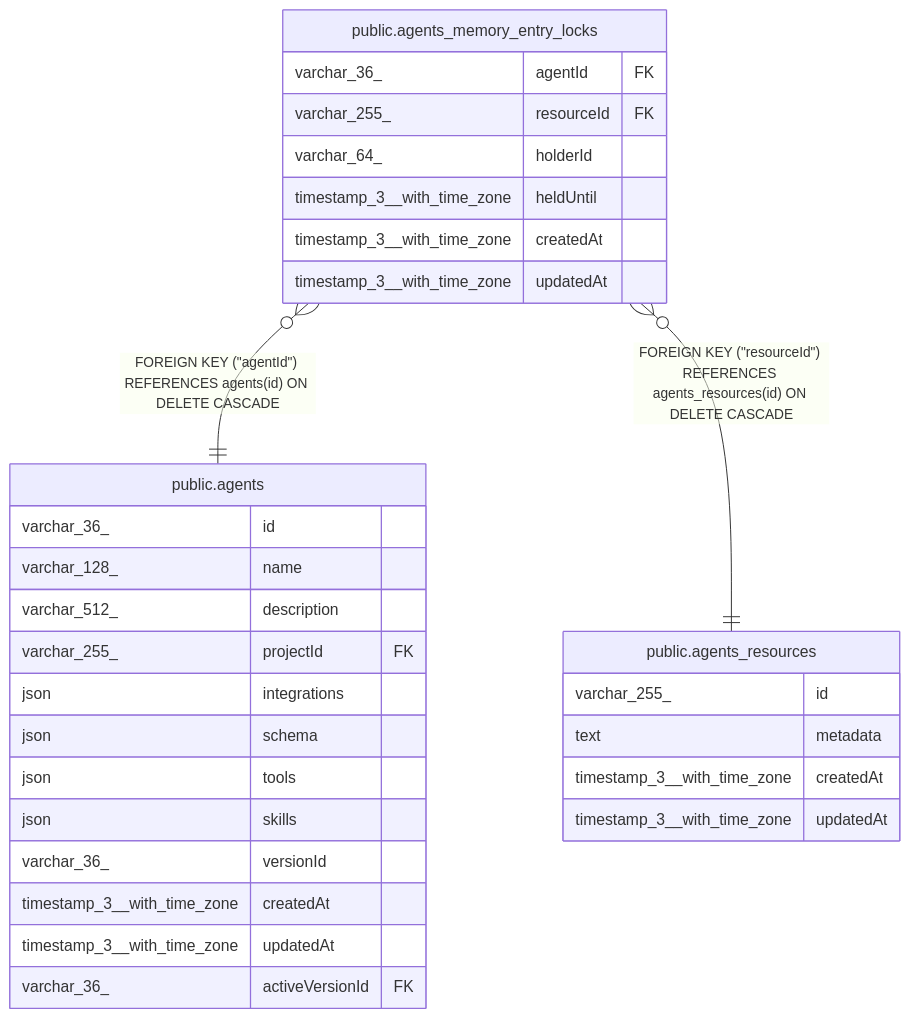
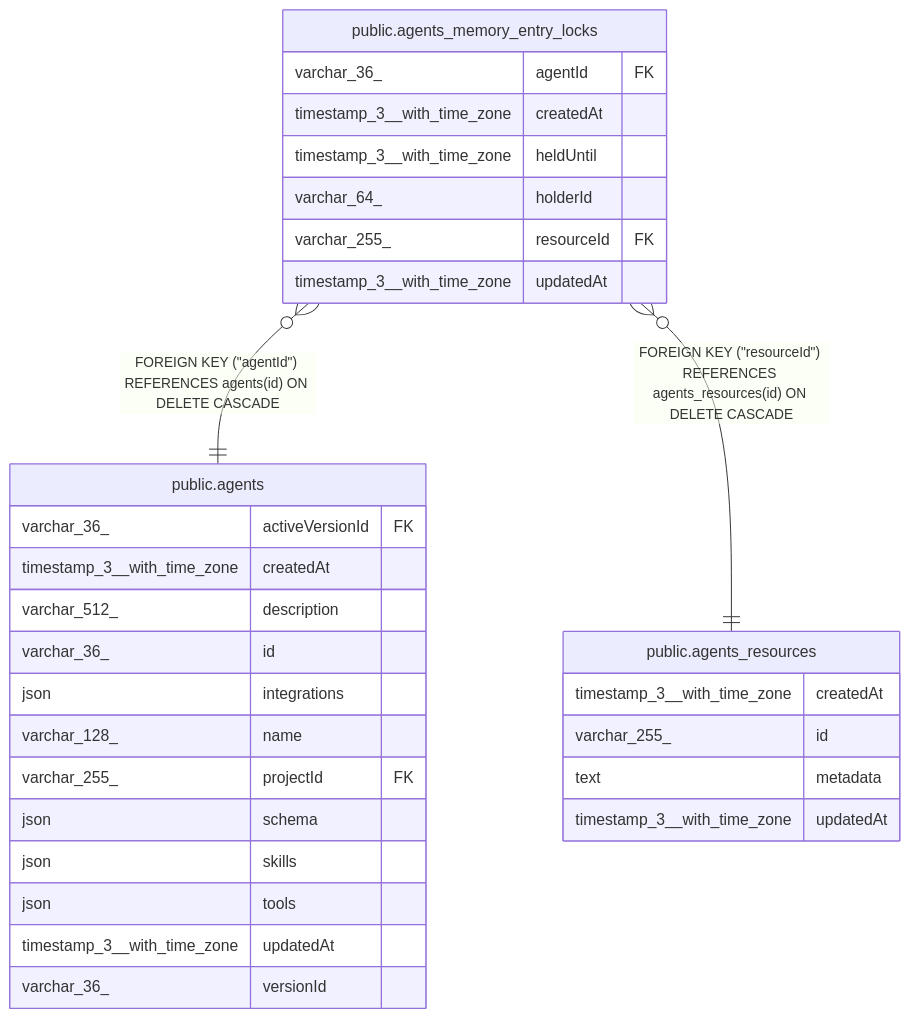
The diagram in docs/generated/postgres-schema/public.agents_memory_entry_locks.md (mayankjain1815-commits/n8n), drawn with Mermaid before and after one commit. The commit also changed other lines of this file and 221 other files, not shown here.

Commit message:
chore(core): Make DB schema docs generation deterministic (#32373)

````diff
--- a/docs/generated/postgres-schema/public.agents_memory_entry_locks.md
+++ b/docs/generated/postgres-schema/public.agents_memory_entry_locks.md
@@ -37,35 +37,35 @@
 ```mermaid
 erDiagram
 
 "public.agents_memory_entry_locks" }o--|| "public.agents" : "FOREIGN KEY (#quot;agentId#quot;) REFERENCES agents(id) ON DELETE CASCADE"
 "public.agents_memory_entry_locks" }o--|| "public.agents_resources" : "FOREIGN KEY (#quot;resourceId#quot;) REFERENCES agents_resources(id) ON DELETE CASCADE"
 
 "public.agents_memory_entry_locks" {
   varchar_36_ agentId FK
+  timestamp_3__with_time_zone createdAt
+  timestamp_3__with_time_zone heldUntil
+  varchar_64_ holderId
   varchar_255_ resourceId FK
-  varchar_64_ holderId
-  timestamp_3__with_time_zone heldUntil
-  timestamp_3__with_time_zone createdAt
   timestamp_3__with_time_zone updatedAt
 }
 "public.agents" {
+  varchar_36_ activeVersionId FK
+  timestamp_3__with_time_zone createdAt
+  varchar_512_ description
   varchar_36_ id
+  json integrations
   varchar_128_ name
-  varchar_512_ description
   varchar_255_ projectId FK
-  json integrations
   json schema
+  json skills
   json tools
-  json skills
+  timestamp_3__with_time_zone updatedAt
   varchar_36_ versionId
-  timestamp_3__with_time_zone createdAt
-  timestamp_3__with_time_zone updatedAt
-  varchar_36_ activeVersionId FK
 }
 "public.agents_resources" {
+  timestamp_3__with_time_zone createdAt
   varchar_255_ id
   text metadata
-  timestamp_3__with_time_zone createdAt
   timestamp_3__with_time_zone updatedAt
 }
 ```
````
